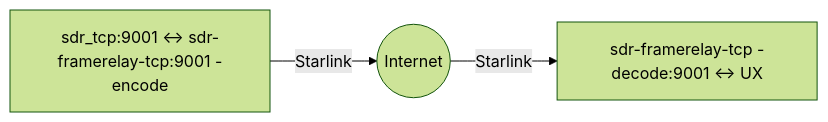
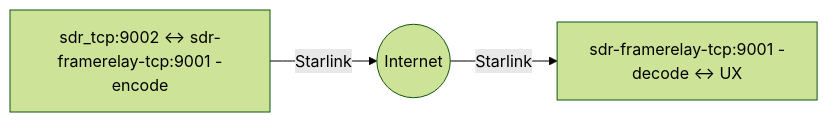
Before and after one commit to Kotdnz/sdr-framerelay-tcp: the diagram in README.md, drawn with Mermaid (forest theme). The commit also changed other lines of this file, not shown here.

````diff
--- a/README.md
+++ b/README.md
@@ -8,5 +8,5 @@
 ```mermaid
 graph LR
-A[sdr_tcp:9001 <-> sdr-framerelay-tcp:9001 -encode] -- Starlink --> B((Internet)) --Starlink --> C[sdr-framerelay-tcp -decode:9001 <-> UX]
+A[sdr_tcp:9002 <-> sdr-framerelay-tcp:9001 -encode] -- Starlink --> B((Internet)) --Starlink --> C[sdr-framerelay-tcp:9001 -decode <-> UX]
 
 ```
````
